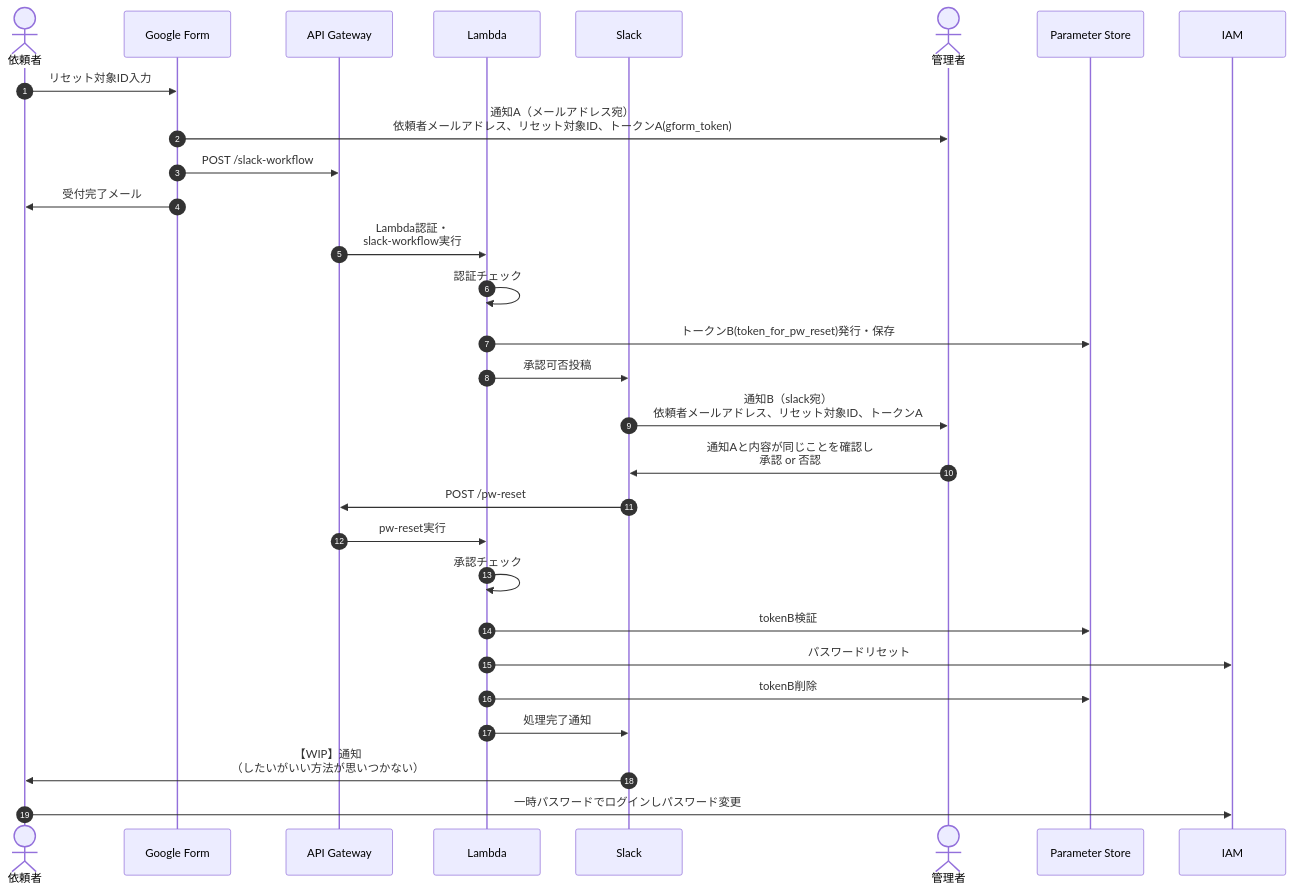
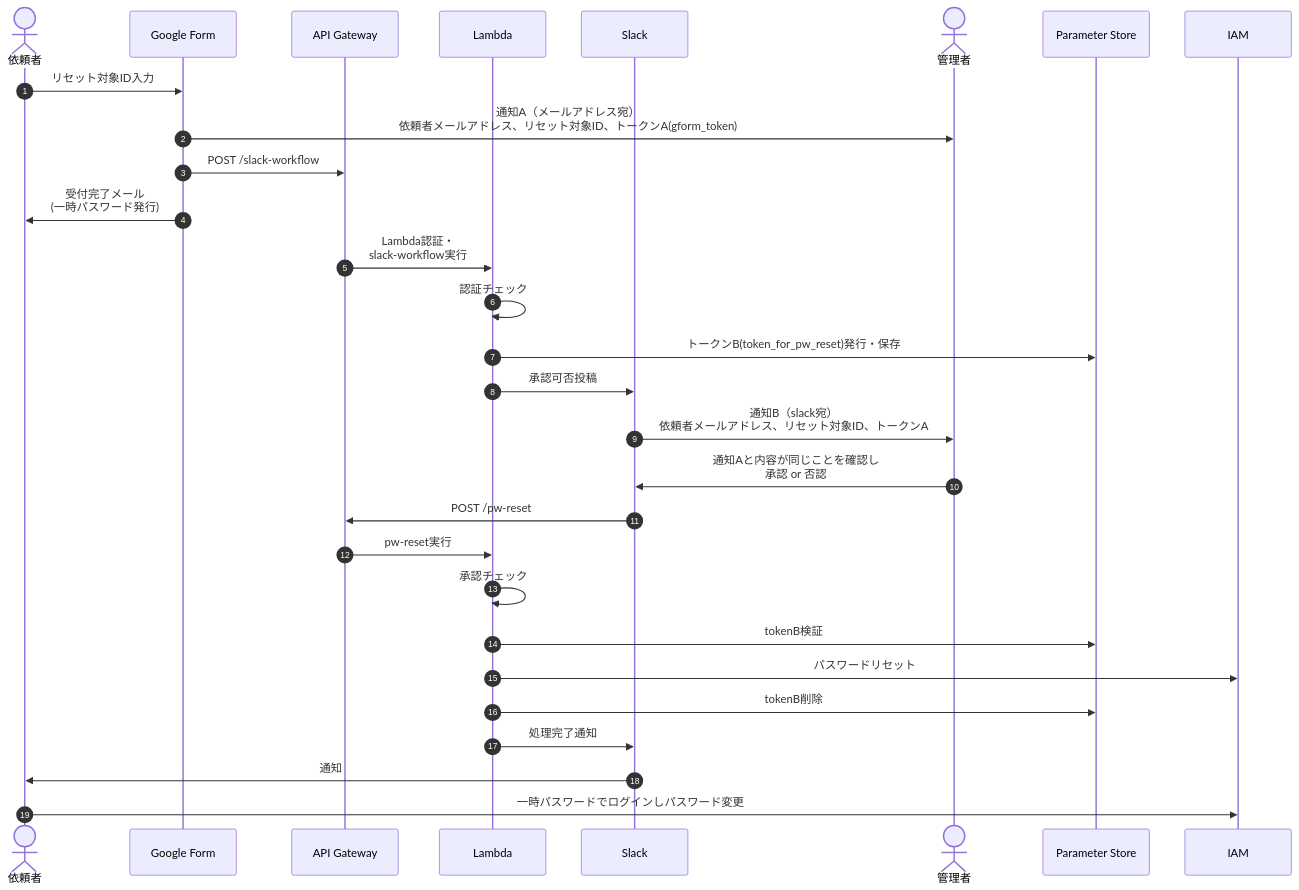
The diagram in README.md (hige-dev/pw-reset), drawn with Mermaid before and after one commit. The commit also changed other lines of this file and 5 other files, not shown here.

````diff
--- a/README.md
+++ b/README.md
@@ -67,31 +60,31 @@
 ```mermaid
 sequenceDiagram
   autonumber
   actor line_2 as 依頼者
   participant line_1 as Google Form
   participant line_3 as API Gateway
   participant line_5 as Lambda
   participant line_6 as Slack
   actor line_7 as 管理者
   participant line_11 as Parameter Store
   participant line_10 as IAM
   line_2 ->> line_1: リセット対象ID入力
   line_1 ->> line_7: 通知A（メールアドレス宛）<br>依頼者メールアドレス、リセット対象ID、トークンA(gform_token)
   line_1 ->> line_3: POST /slack-workflow
-  line_1 ->> line_2: 受付完了メール
+  line_1 ->> line_2: 受付完了メール<br>(一時パスワード発行)
   line_3 ->> line_5: Lambda認証・<br>slack-workflow実行
   line_5 ->> line_5: 認証チェック
   line_5 ->> line_11: トークンB(token_for_pw_reset)発行・保存
   line_5 ->> line_6: 承認可否投稿
   line_6 ->> line_7: 通知B（slack宛）<br>依頼者メールアドレス、リセット対象ID、トークンA
   line_7 ->> line_6: 通知Aと内容が同じことを確認し<br>承認 or 否認
   line_6 ->> line_3: POST /pw-reset
   line_3 ->> line_5: pw-reset実行
   line_5 ->> line_5: 承認チェック
   line_5 ->> line_11: tokenB検証
   line_5 ->> line_10: パスワードリセット
   line_5 ->> line_11: tokenB削除
   line_5 ->> line_6: 処理完了通知
-  line_6 ->> line_2: 【WIP】通知<br>（したいがいい方法が思いつかない）
+  line_6 ->> line_2: 通知
   line_2 ->> line_10: 一時パスワードでログインしパスワード変更
 ```
````
